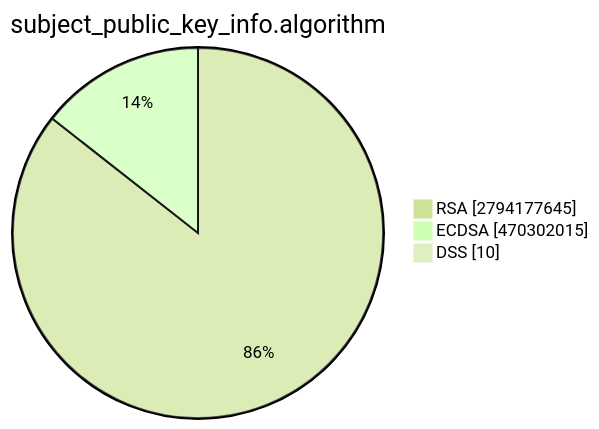
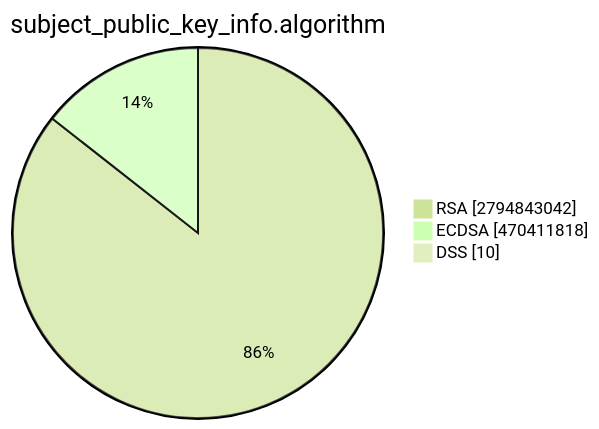
One commit to christiankrug/ctmonitor_visualization changed the second of 15 diagrams in TOTAL/README.md. Above: the diagram before and after it, drawn with Mermaid (forest theme). The commit also changed other lines of this file, not shown here.

````diff
--- a/TOTAL/README.md
+++ b/TOTAL/README.md
@@ -6,7 +6,7 @@
 ```mermaid
 pie showData
 title subject_public_key_info.algorithm
-"RSA" :2794177645
-"ECDSA" :470302015
+"RSA" :2794843042
+"ECDSA" :470411818
 "DSS" :10
 ```
````
